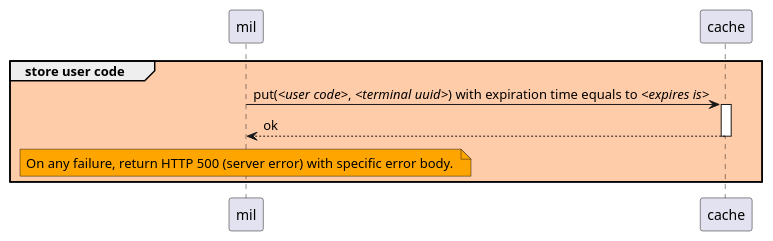
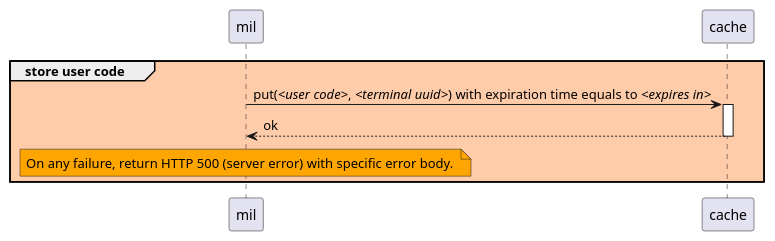
One commit to pagopa/mil-diags changed the diagram in sequence_diags/pagoPA/pos_management/store_user_code.puml. Above: the diagram before and after it, drawn with PlantUML. The commit also changed 3 other files, not shown here.

```diff
--- a/sequence_diags/pagoPA/pos_management/store_user_code.puml
+++ b/sequence_diags/pagoPA/pos_management/store_user_code.puml
@@ -1,8 +1,8 @@
 group #FFCCAA store user code
-	mil -> cache ++ : put(//<user code>//, //<terminal uuid>//) with expiration time equals to //<expires is>//
+	mil -> cache ++ : put(//<user code>//, //<terminal uuid>//) with expiration time equals to //<expires in>//
 	cache --> mil -- : ok
 
     note over mil #Orange
 	    On any failure, return HTTP 500 (server error) with specific error body. 
     end note
 end
```
